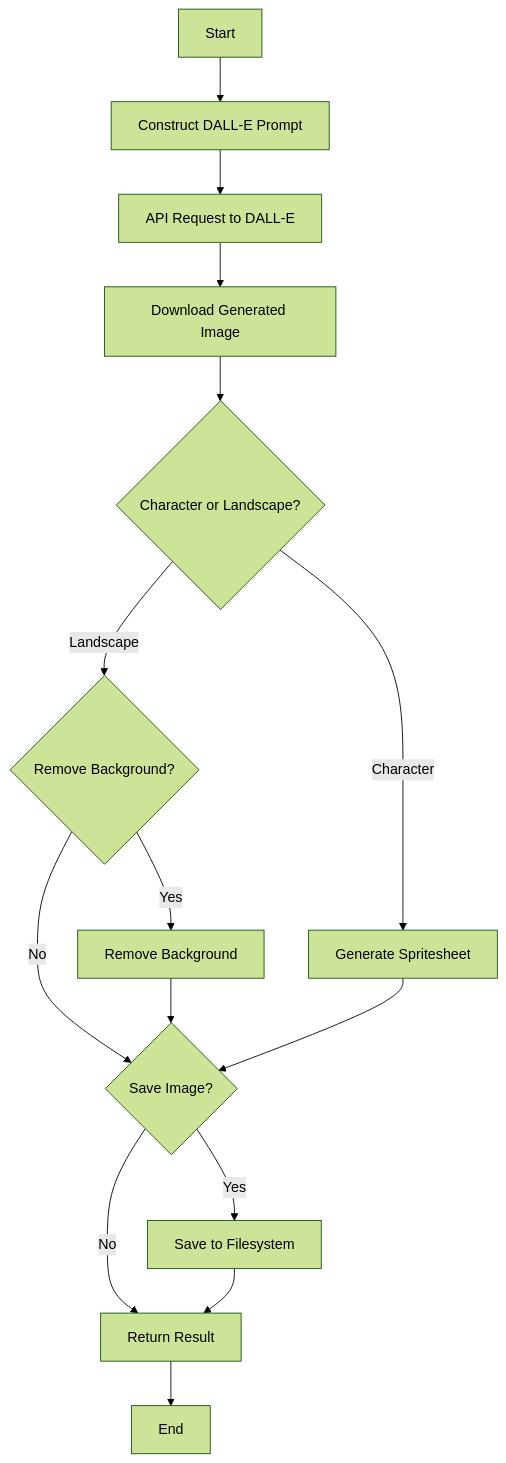
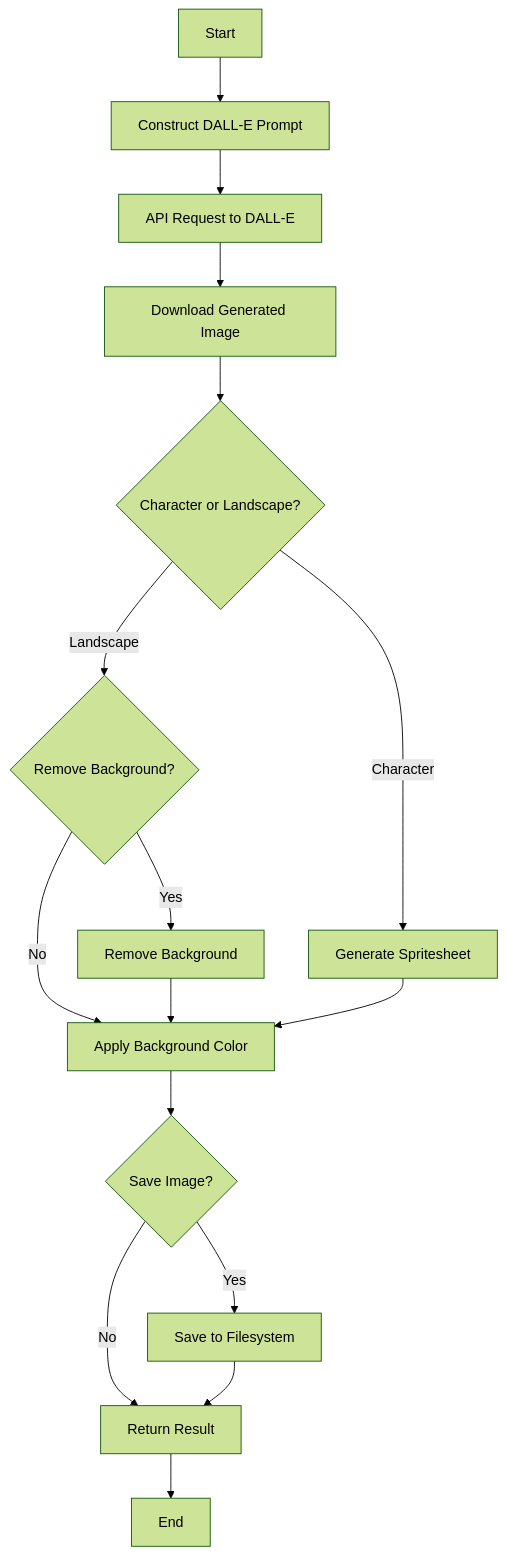
Before and after one commit to letsrockwithdocs/spriteai-dev-docs: the second of 2 diagrams in docs/generateAnimatedEmoji.md, drawn with Mermaid (forest theme). The commit also changed other lines of this file and 4 other files, not shown here.

````diff
--- a/docs/generateAnimatedEmoji.md
+++ b/docs/generateAnimatedEmoji.md
@@ -110,17 +116,18 @@
 ```mermaid
 graph TD
     A[Start] --> B[Construct DALL-E Prompt]
     B --> C[API Request to DALL-E]
     C --> D[Download Generated Image]
     D --> E{Character or Landscape?}
     E -->|Character| F[Generate Spritesheet]
     E -->|Landscape| G{Remove Background?}
     G -->|Yes| H[Remove Background]
-    G -->|No| I{Save Image?}
+    G -->|No| I[Apply Background Color]
     H --> I
     F --> I
-    I -->|Yes| J[Save to Filesystem]
-    I -->|No| K[Return Result]
-    J --> K
-    K --> L[End]
+    I --> J{Save Image?}
+    J -->|Yes| K[Save to Filesystem]
+    J -->|No| L[Return Result]
+    K --> L
+    L --> M[End]
 ```
````
